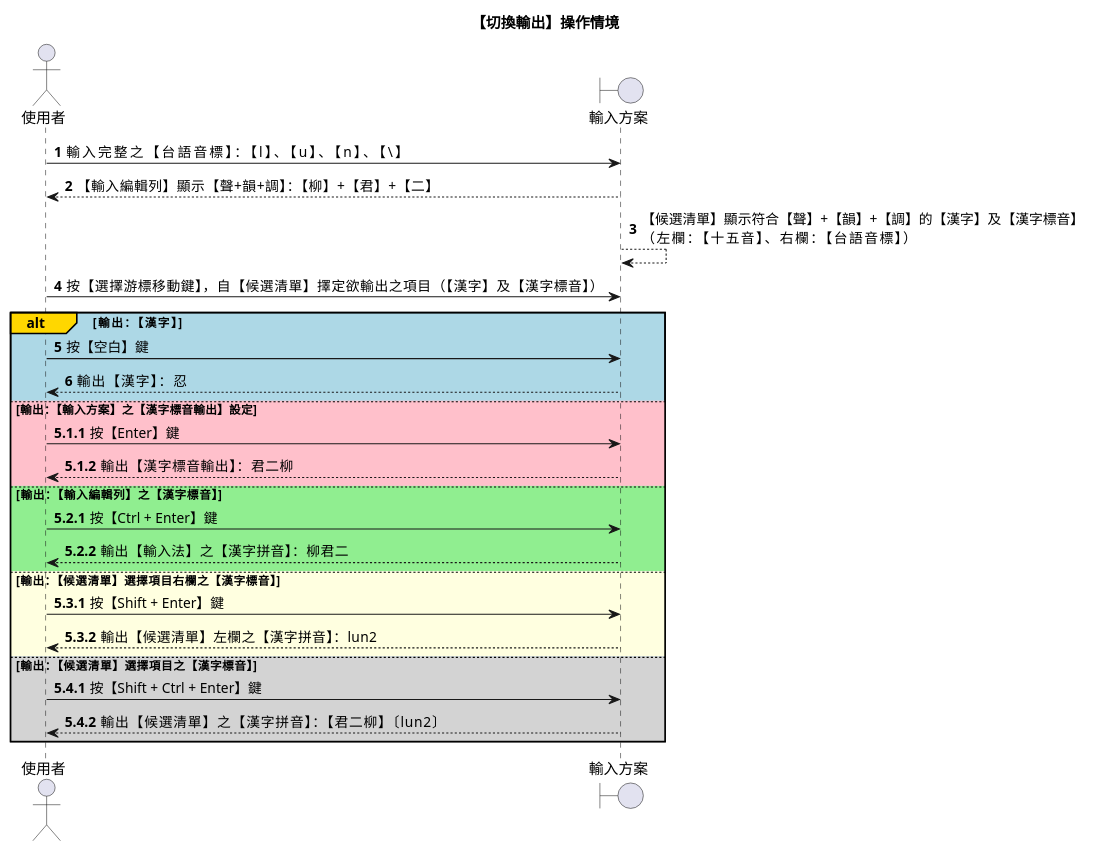
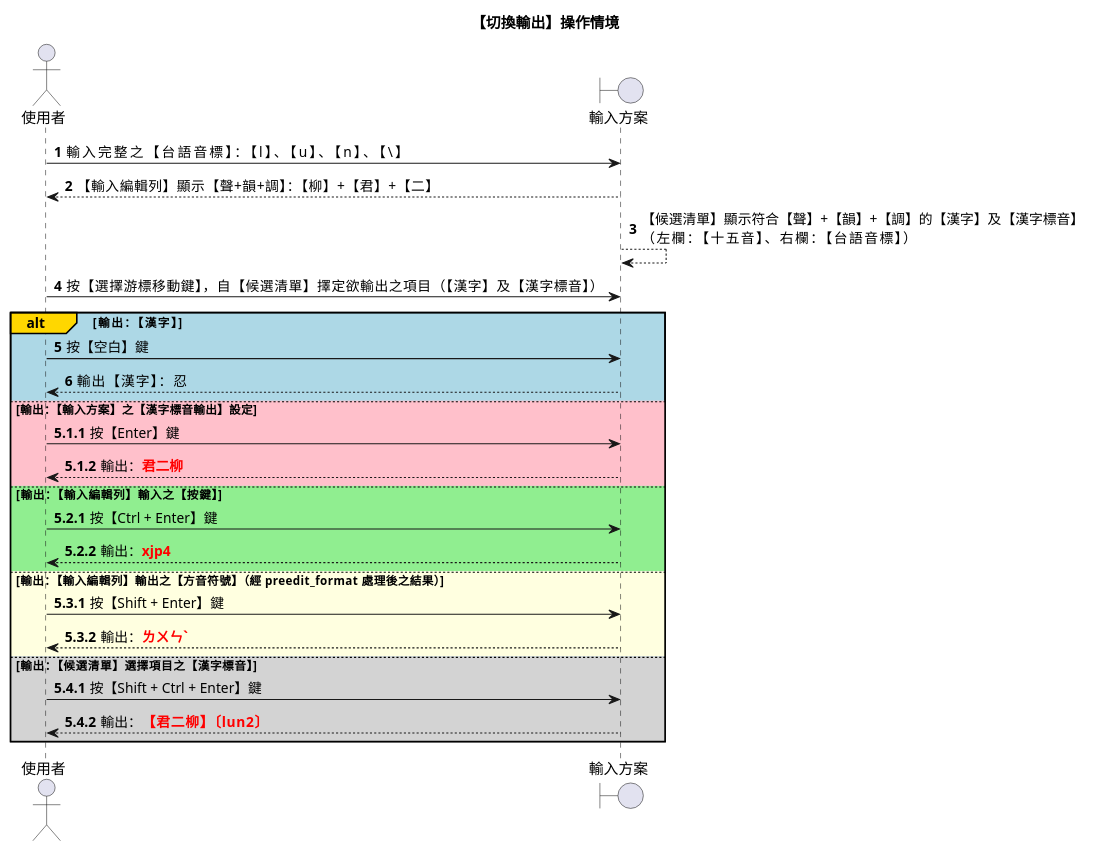
Before and after one commit to AlanJui/rime-tlpa: diagram 11 of 12 in docs/310_反切輸入法【台語音標】設計規格.md, drawn with PlantUML. The commit also changed other lines of this file, not shown here.

````diff
--- a/docs/310_反切輸入法【台語音標】設計規格.md
+++ b/docs/310_反切輸入法【台語音標】設計規格.md
@@ -538,40 +536,40 @@
 ```plantuml
 @startuml
 title 【切換輸出】操作情境
 actor 使用者 as user
 boundary 輸入方案 as ime
 autonumber
 
 user -> ime : 輸入完整之【台語音標】：【l】、【u】、【n】、【\】
 ime --> user : 【輸入編輯列】顯示【聲+韻+調】：【柳】+【君】+【二】
 ime --> ime : 【候選清單】顯示符合【聲】+【韻】+【調】的【漢字】及【漢字標音】\n（左欄：【十五音】、右欄：【台語音標】）
 
 user -> ime : 按【選擇游標移動鍵】，自【候選清單】擇定欲輸出之項目（【漢字】及【漢字標音】）
 
 alt#Gold #LightBlue 輸出：【漢字】
     user -> ime : 按【空白】鍵
     ime --> user : 輸出【漢字】：忍
 
 autonumber 5.1.1
 else #Pink 輸出：【輸入方案】之【漢字標音輸出】設定
     user -> ime : 按【Enter】鍵
-    ime --> user : 輸出【漢字標音輸出】：君二柳
+    ime --> user : 輸出：<font color=red><b>君二柳
 
 autonumber 5.2.1
-else #LightGreen 輸出：【輸入編輯列】之【漢字標音】
+else #LightGreen 輸出：【輸入編輯列】輸入之【按鍵】
     user -> ime : 按【Ctrl + Enter】鍵
-    ime --> user : 輸出【輸入法】之【漢字拼音】：柳君二
+    ime --> user : 輸出：<font color=red><b>xjp4
 
 autonumber 5.3.1
-else #LightYellow 輸出：【候選清單】選擇項目右欄之【漢字標音】
+else #LightYellow 輸出：【輸入編輯列】輸出之【方音符號】（經 preedit_format 處理後之結果）
     user -> ime : 按【Shift + Enter】鍵
-    ime --> user : 輸出【候選清單】左欄之【漢字拼音】：lun2
+    ime --> user : 輸出：<font color=red><b>ㄌㄨㄣˋ
 
 autonumber 5.4.1
 else #LightGrey 輸出：【候選清單】選擇項目之【漢字標音】
     user -> ime : 按【Shift + Ctrl + Enter】鍵
-    ime --> user : 輸出【候選清單】之【漢字拼音】：【君二柳】〔lun2〕
+    ime --> user : 輸出：<font color=red><b>【君二柳】〔lun2〕
 end
 
 @enduml
 ```
````
